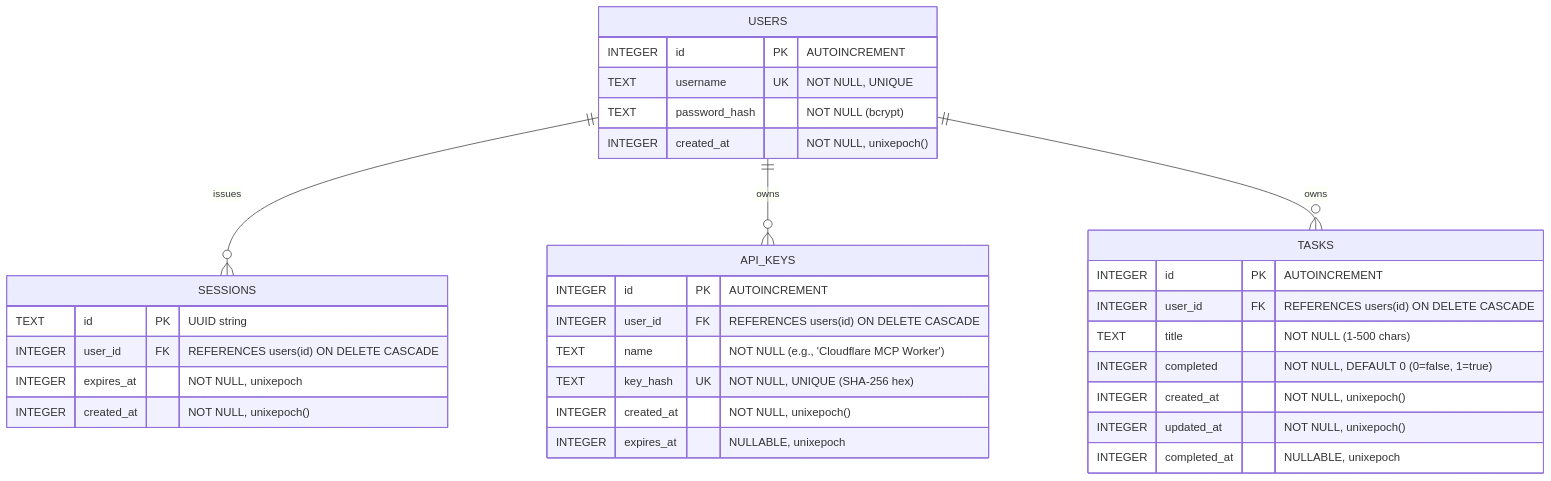
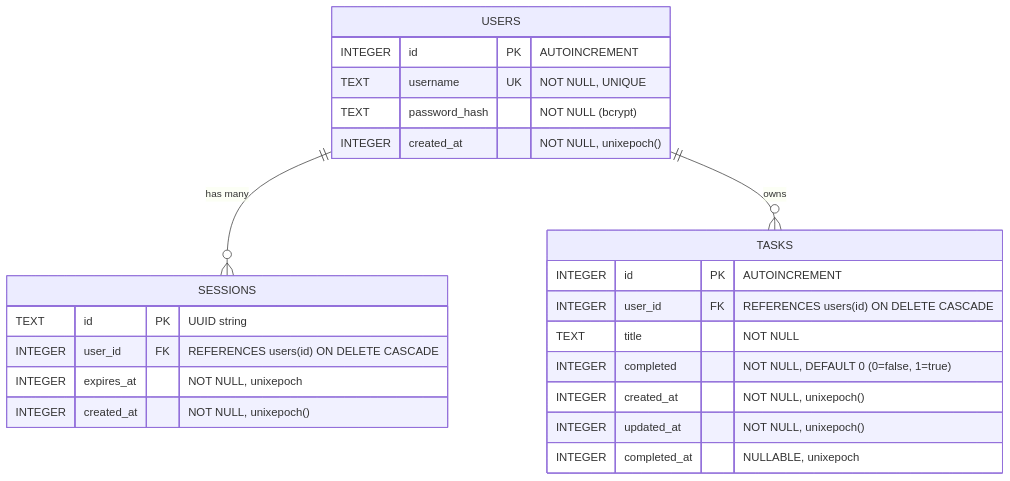
One commit to mohakapoor/brain_design changed the diagram in database_design.md. Above: the diagram before and after it, drawn with Mermaid. The commit also changed other lines of this file, not shown here.

Commit message:
docs: restrict database design to active D1 schema

````diff
--- a/database_design.md
+++ b/database_design.md
@@ -12,39 +13,29 @@
 ```mermaid
 erDiagram
-    USERS ||--o{ SESSIONS : "issues"
-    USERS ||--o{ API_KEYS : "owns"
+    USERS ||--o{ SESSIONS : "has many"
     USERS ||--o{ TASKS : "owns"
 
     USERS {
         INTEGER id PK "AUTOINCREMENT"
         TEXT username UK "NOT NULL, UNIQUE"
         TEXT password_hash "NOT NULL (bcrypt)"
         INTEGER created_at "NOT NULL, unixepoch()"
     }
 
     SESSIONS {
         TEXT id PK "UUID string"
         INTEGER user_id FK "REFERENCES users(id) ON DELETE CASCADE"
         INTEGER expires_at "NOT NULL, unixepoch"
         INTEGER created_at "NOT NULL, unixepoch()"
     }
 
-    API_KEYS {
-        INTEGER id PK "AUTOINCREMENT"
-        INTEGER user_id FK "REFERENCES users(id) ON DELETE CASCADE"
-        TEXT name "NOT NULL (e.g., 'Cloudflare MCP Worker')"
-        TEXT key_hash UK "NOT NULL, UNIQUE (SHA-256 hex)"
-        INTEGER created_at "NOT NULL, unixepoch()"
-        INTEGER expires_at "NULLABLE, unixepoch"
-    }
-
     TASKS {
         INTEGER id PK "AUTOINCREMENT"
         INTEGER user_id FK "REFERENCES users(id) ON DELETE CASCADE"
-        TEXT title "NOT NULL (1-500 chars)"
+        TEXT title "NOT NULL"
         INTEGER completed "NOT NULL, DEFAULT 0 (0=false, 1=true)"
         INTEGER created_at "NOT NULL, unixepoch()"
         INTEGER updated_at "NOT NULL, unixepoch()"
         INTEGER completed_at "NULLABLE, unixepoch"
     }
 ```
````
